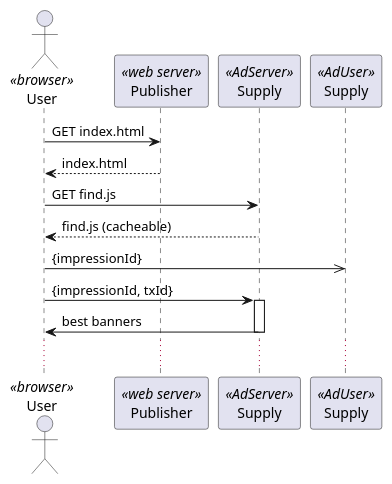
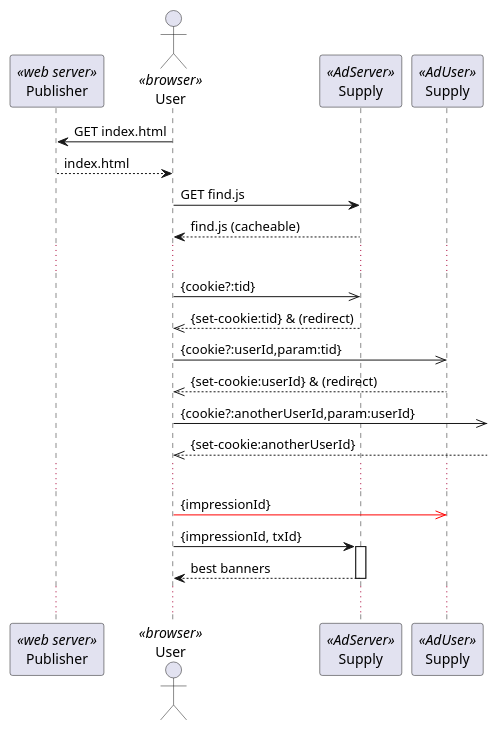
One commit to adshares/adserver changed the diagram in docs/publisher-flow.puml. Above: the diagram before and after it, drawn with PlantUML. The commit also changed 1 other file, not shown here.

Commit message:
Supply response

```diff
--- a/docs/publisher-flow.puml
+++ b/docs/publisher-flow.puml
@@ -1,19 +1,31 @@
 @startuml
+participant Publisher << web server >>
 actor User << browser >>
-participant Publisher << web server >>
 participant Supply as Supply << AdServer >>
 participant Supply as SupplyU << AdUser >>
  
 User -> Publisher: GET index.html
 User <-- Publisher: index.html
+
 User -> Supply: GET find.js
 User <-- Supply: find.js (cacheable)
-User ->> SupplyU: {impressionId}
+
+...
+
+User ->> Supply: {cookie?:tid}
+Supply -->> User: {set-cookie:tid} & (redirect)
+User ->> SupplyU: {cookie?:userId,param:tid}
+SupplyU -->> User: {set-cookie:userId} & (redirect)
+User ->>]: {cookie?:anotherUserId,param:userId}
+]-->> User: {set-cookie:anotherUserId}
+
+...
+
+User -[#red]>> SupplyU: {impressionId}
 User -> Supply: {impressionId, txId}
 activate Supply
-User <- Supply: best banners
+User <-- Supply: best banners
 deactivate Supply
 ...
 
-
 @enduml
```
